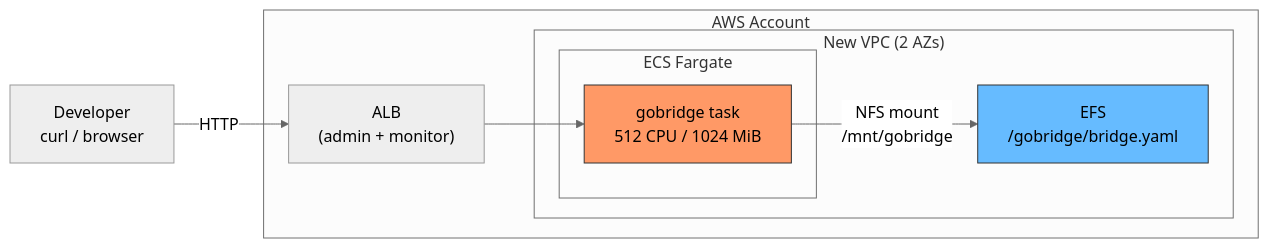
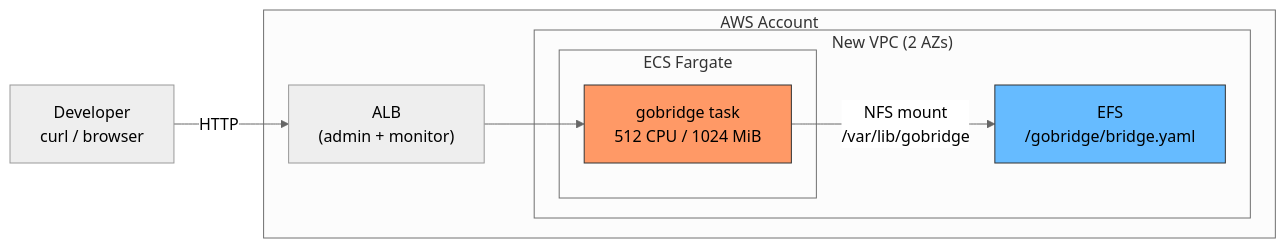
One commit to mariotoffia/gobridge changed the diagram in docs/scenarios/cdk/01-quickstart-default-vpc.md. Above: the diagram before and after it, drawn with Mermaid (neutral theme). The commit also changed other lines of this file and 56 other files, not shown here.

````diff
--- a/docs/scenarios/cdk/01-quickstart-default-vpc.md
+++ b/docs/scenarios/cdk/01-quickstart-default-vpc.md
@@ -14,20 +15,20 @@
 ```mermaid
 flowchart LR
     subgraph AWS Account
         ALB["ALB\n(admin + monitor)"]
 
         subgraph VPC ["New VPC (2 AZs)"]
             subgraph Fargate ["ECS Fargate"]
                 Task["gobridge task\n512 CPU / 1024 MiB"]
             end
             EFS["EFS\n/gobridge/bridge.yaml"]
         end
     end
 
     Client["Developer\ncurl / browser"] -->|HTTP| ALB
     ALB --> Task
-    Task -->|NFS mount\n/mnt/gobridge| EFS
+    Task -->|NFS mount\n/var/lib/gobridge| EFS
 
     style Task fill:#f96,stroke:#333
     style EFS fill:#6bf,stroke:#333
 ```
````
